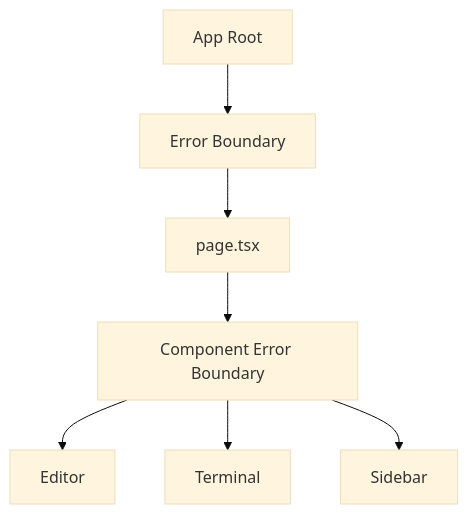
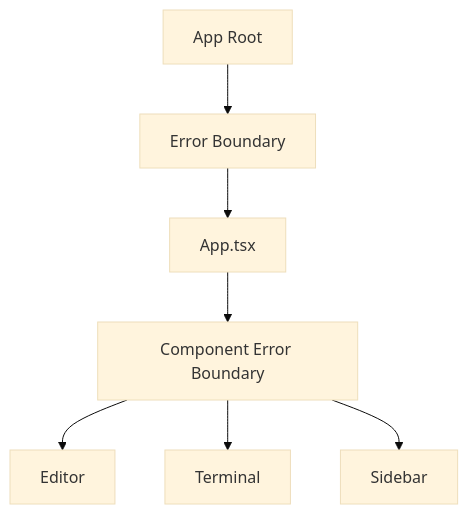
One commit to Stasshe/Pyxis-CodeCanvas changed diagram 25 of 25 in docs/UI-COMPONENTS.md. Above: the diagram before and after it, drawn with Mermaid (base theme). The commit also changed other lines of this file and 330 other files, not shown here.

````diff
--- a/docs/UI-COMPONENTS.md
+++ b/docs/UI-COMPONENTS.md
@@ -838,9 +799,9 @@
 ```mermaid
 graph TB
     A[App Root] --> B[Error Boundary]
-    B --> C[page.tsx]
+    B --> C[App.tsx]
     C --> D[Component Error Boundary]
     D --> E[Editor]
     D --> F[Terminal]
     D --> G[Sidebar]
 ```
````
